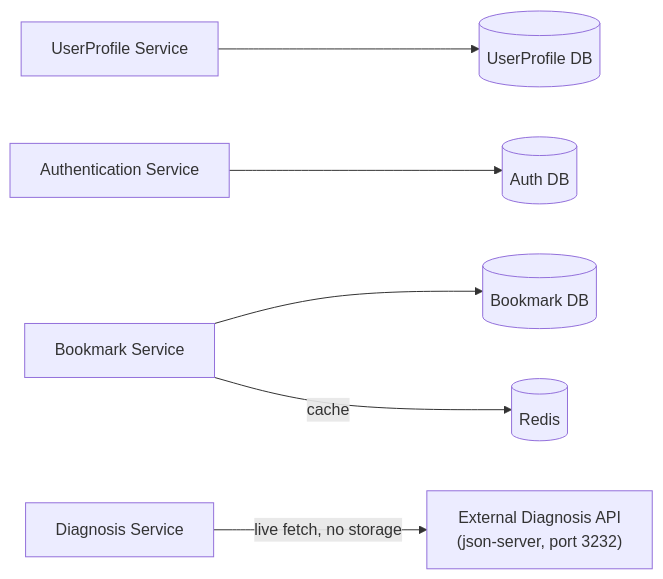
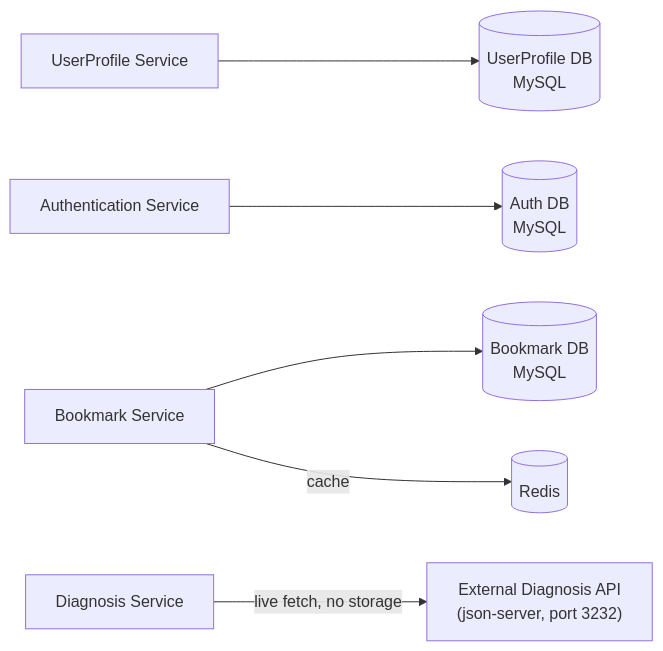
The fourth of 4 diagrams in docs/ARCHITECTURE.md (mathaisjustin/cardiac-diagonistics), drawn with Mermaid before and after one commit. The commit also changed other lines of this file and 5 other files, not shown here.

````diff
--- a/docs/ARCHITECTURE.md
+++ b/docs/ARCHITECTURE.md
@@ -75,8 +75,8 @@
 ```mermaid
 flowchart LR
-    UserProfile["UserProfile Service"] --> UserProfileDB[("UserProfile DB")]
-    Auth["Authentication Service"] --> AuthDB[("Auth DB")]
-    Bookmark["Bookmark Service"] --> BookmarkDB[("Bookmark DB")]
+    UserProfile["UserProfile Service"] --> UserProfileDB[("UserProfile DB<br/>MySQL")]
+    Auth["Authentication Service"] --> AuthDB[("Auth DB<br/>MySQL")]
+    Bookmark["Bookmark Service"] --> BookmarkDB[("Bookmark DB<br/>MySQL")]
     Bookmark -- "cache" --> Redis[("Redis")]
     Diagnosis["Diagnosis Service"] -- "live fetch, no storage" --> ExternalAPI["External Diagnosis API<br/>(json-server, port 3232)"]
 ```
````
